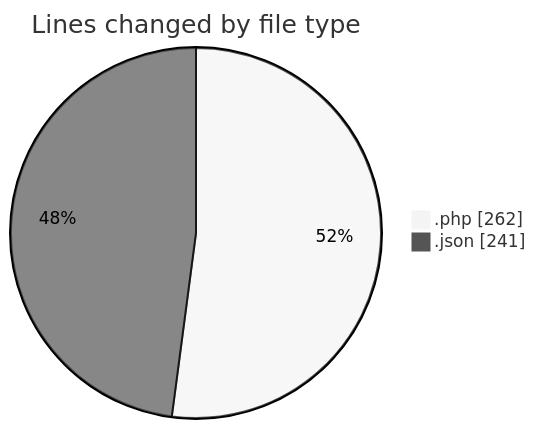
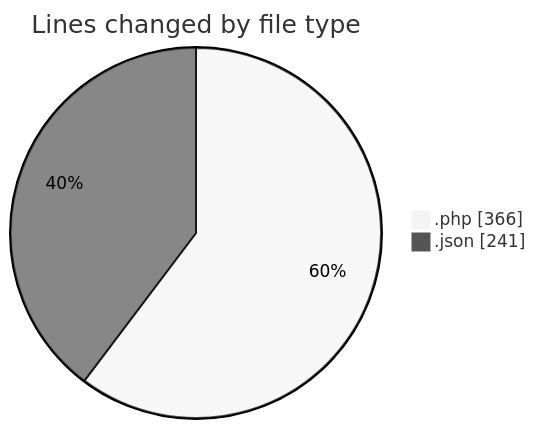
One commit to idhammustaqopulfikri/code-tracking changed the first of 2 diagrams in 2025-03-29/autodidak/README.md. Above: the diagram before and after it, drawn with Mermaid (neutral theme). The commit also changed other lines of this file and 1 other file, not shown here.

````diff
--- a/2025-03-29/autodidak/README.md
+++ b/2025-03-29/autodidak/README.md
@@ -27,6 +28,6 @@
 ```mermaid
 pie showData
 title Lines changed by file type
-".php" : 262
+".php" : 366
 ".json" : 241
 ```
````
